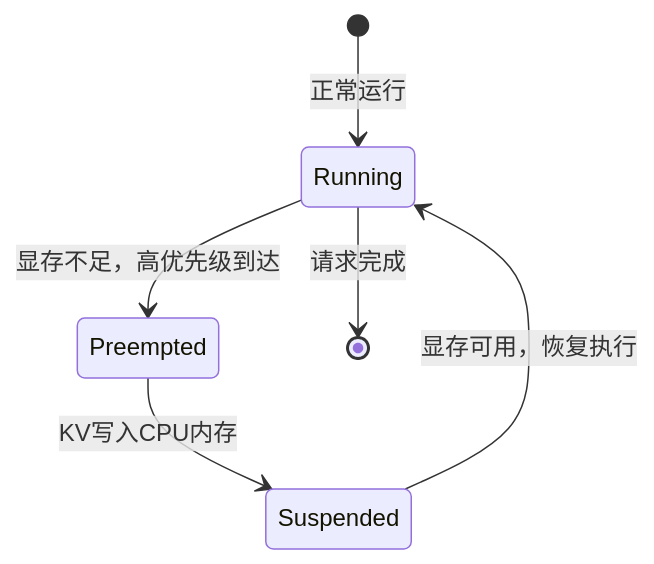
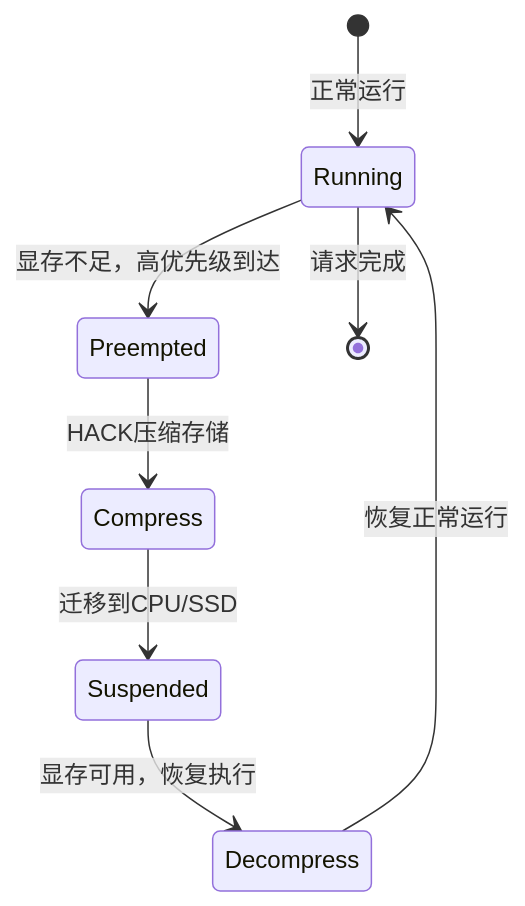
One commit to Xunzhuo/mini-sglang changed the tenth of 13 diagrams in learning/website/docs/basics/16-memory-management.md. Above: the diagram before and after it, drawn with Mermaid. The commit also changed other lines of this file and 9 other files, not shown here.

````diff
--- a/learning/website/docs/basics/16-memory-management.md
+++ b/learning/website/docs/basics/16-memory-management.md
@@ -382,8 +513,10 @@
 ```mermaid
 stateDiagram-v2
     [*] --> Running: 正常运行
     Running --> Preempted: 显存不足，高优先级到达
-    Preempted --> Suspended: KV写入CPU内存
-    Suspended --> Running: 显存可用，恢复执行
+    Preempted --> Compress: HACK压缩存储
+    Compress --> Suspended: 迁移到CPU/SSD
+    Suspended --> Decompress: 显存可用，恢复执行
+    Decompress --> Running: 恢复正常运行
     Running --> [*]: 请求完成
 ```
````
